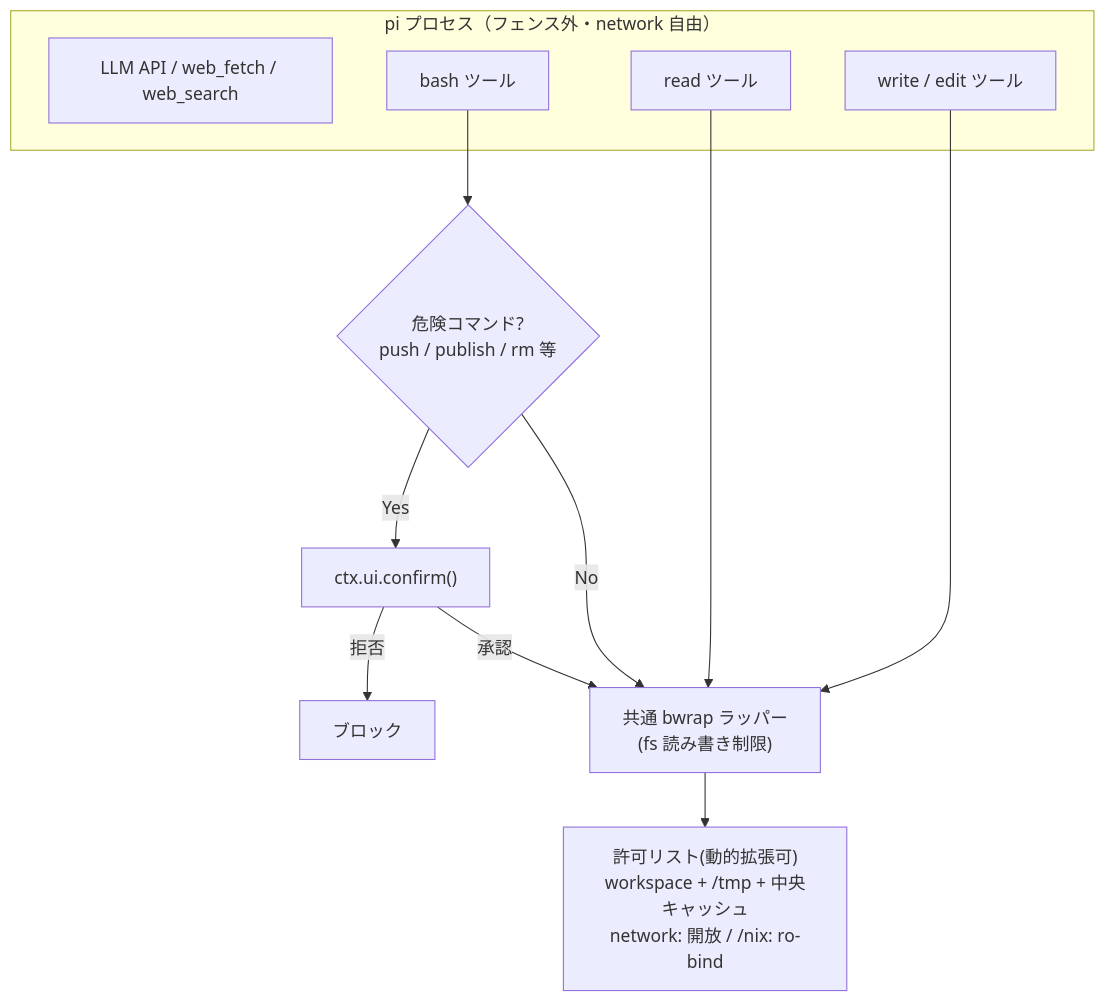
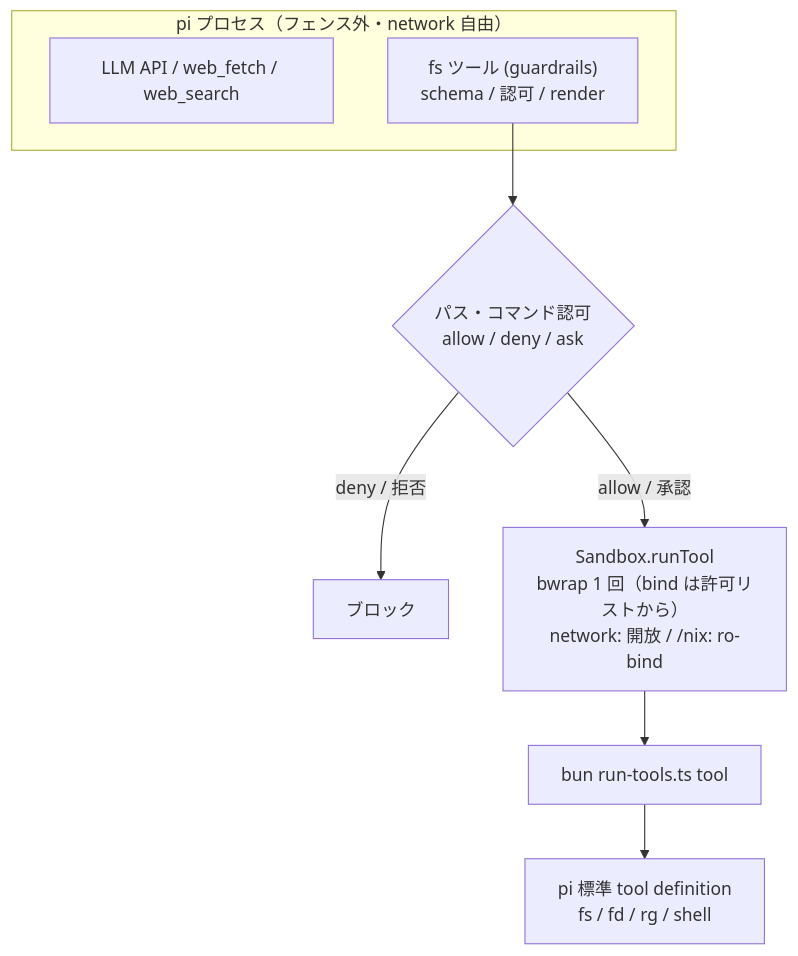
Before and after one commit to CatBraaain/dotfiles: the diagram in dotfiles/.pi/agent/extensions.exact/guardrails/ADR.md, drawn with Mermaid. The commit also changed other lines of this file and 7 other files, not shown here.

First line of the commit message:
refactor(guardrails): run whole fs tools inside bwrap via run-tools CLI

````diff
--- a/dotfiles/.pi/agent/extensions.exact/guardrails/ADR.md
+++ b/dotfiles/.pi/agent/extensions.exact/guardrails/ADR.md
@@ -77,17 +75,12 @@
 ```mermaid
 flowchart TD
     subgraph PI["pi プロセス（フェンス外・network 自由）"]
         API["LLM API / web_fetch / web_search"]
-        READ["read ツール"]
-        BASH["bash ツール"]
-        WRITE["write / edit ツール"]
+        TOOLS["fs ツール (guardrails)<br/>schema / 認可 / render"]
     end
-    BASH --> GATE{"危険コマンド?<br/>push / publish / rm 等"}
-    GATE -- Yes --> CONFIRM["ctx.ui.confirm()"]
-    CONFIRM -- 拒否 --> STOP["ブロック"]
-    CONFIRM -- 承認 --> RW
-    GATE -- No --> RW["共通 bwrap ラッパー<br/>(fs 読み書き制限)"]
-    READ --> RW
-    WRITE --> RW
-    RW --> ALLOWLIST["許可リスト(動的拡張可)<br/>workspace + /tmp + 中央キャッシュ<br/>network: 開放 / /nix: ro-bind"]
+    TOOLS --> AUTH{"パス・コマンド認可<br/>allow / deny / ask"}
+    AUTH -- "deny / 拒否" --> BLOCK["ブロック"]
+    AUTH -- "allow / 承認" --> RUNTOOL["Sandbox.runTool<br/>bwrap 1 回（bind は許可リストから）<br/>network: 開放 / /nix: ro-bind"]
+    RUNTOOL --> CLI["bun run-tools.ts tool"]
+    CLI --> DEF["pi 標準 tool definition<br/>fs / fd / rg / shell"]
 ```
````
